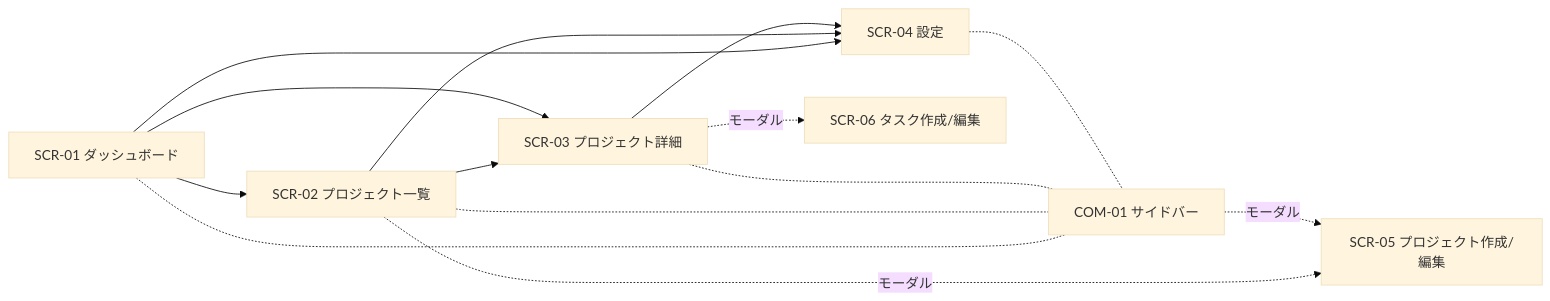
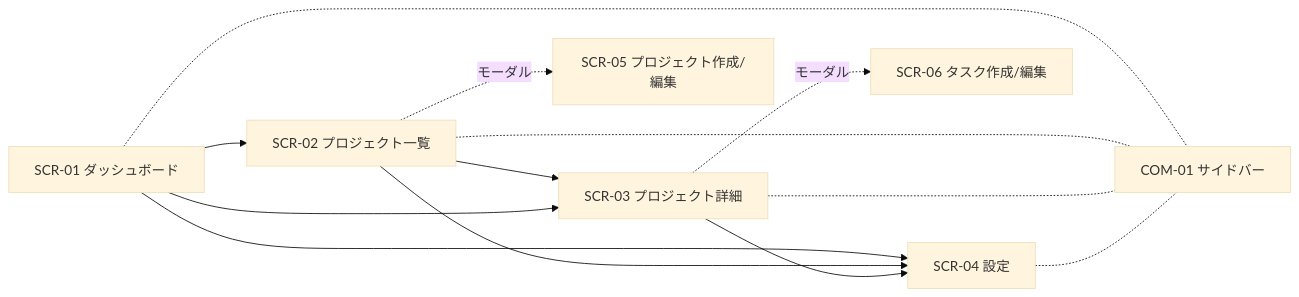
One commit to ai-natsu/task-master changed the third of 4 diagrams in docs/BASIC_DESIGN.md. Above: the diagram before and after it, drawn with Mermaid (base theme). The commit also changed other lines of this file and 44 other files, not shown here.

````diff
--- a/docs/BASIC_DESIGN.md
+++ b/docs/BASIC_DESIGN.md
@@ -140,11 +141,10 @@
 ```mermaid
 flowchart LR
   D[SCR-01 ダッシュボード] --> L[SCR-02 プロジェクト一覧]
   L --> V[SCR-03 プロジェクト詳細]
   D --> V
   D & L & V & S -.- Nav[COM-01 サイドバー]
   D & L & V --> S[SCR-04 設定]
   V -.モーダル.-> M[SCR-06 タスク作成/編集]
   L -.モーダル.-> P[SCR-05 プロジェクト作成/編集]
-  Nav -.モーダル.-> P
 ```
````
